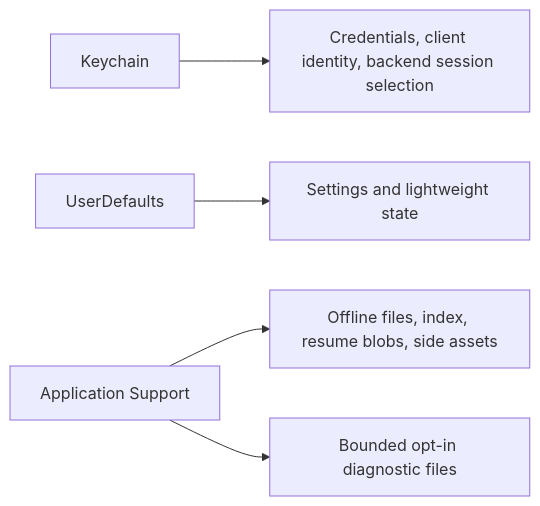
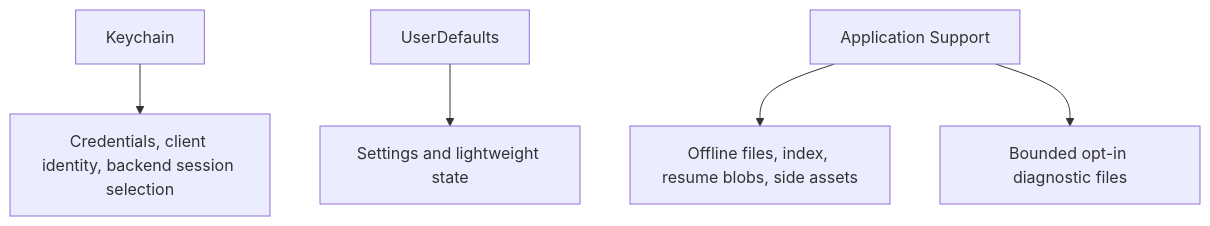
One commit to jlipworth/Labstream changed the diagram in docs/PERSISTENCE.md. Above: the diagram before and after it, drawn with Mermaid. The commit also changed 44 other files, not shown here.

````diff
--- a/docs/PERSISTENCE.md
+++ b/docs/PERSISTENCE.md
@@ -5,7 +5,9 @@
 ```mermaid
-flowchart LR
+flowchart TD
+  accTitle: Persistence boundaries
+  accDescr: Credentials and client identity live in Keychain, preferences in UserDefaults, and offline media plus bounded diagnostic artifacts in Application Support.
   Keychain[Keychain] --> Sessions[Credentials, client identity, backend session selection]
   Defaults[UserDefaults] --> Prefs[Settings and lightweight state]
   Support[Application Support] --> Downloads[Offline files, index, resume blobs, side assets]
   Support --> Diagnostics[Bounded opt-in diagnostic files]
 ```
````
